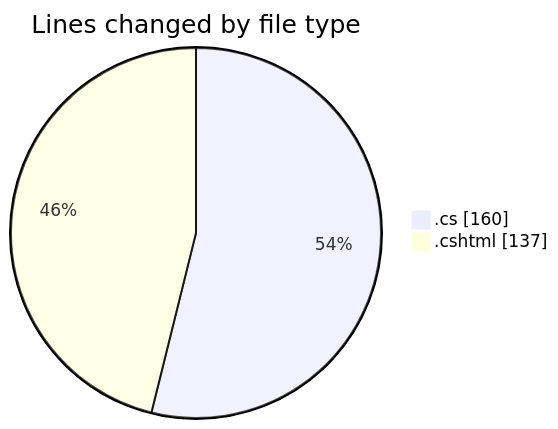
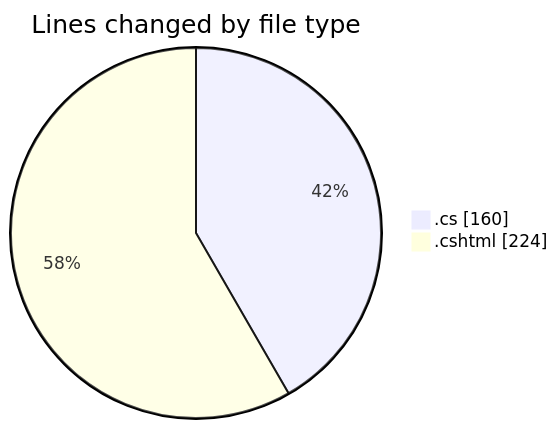
Before and after one commit to lephambinh05/code-tracking: the first of 2 diagrams in 2025-07-16/nhahang/README.md, drawn with Mermaid. The commit also changed other lines of this file and 1 other file, not shown here.

````diff
--- a/2025-07-16/nhahang/README.md
+++ b/2025-07-16/nhahang/README.md
@@ -31,6 +35,6 @@
 ```mermaid
 pie showData
 title Lines changed by file type
 ".cs" : 160
-".cshtml" : 137
+".cshtml" : 224
 ```
````
